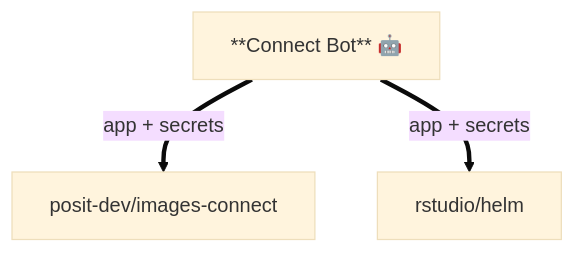
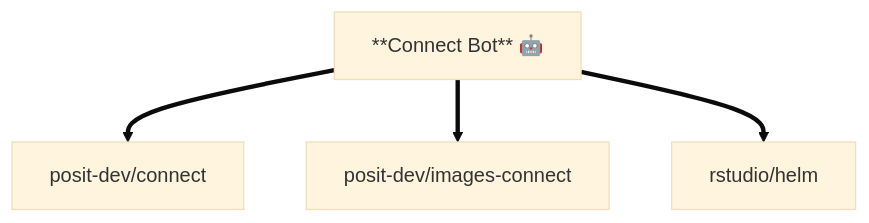
The second of 5 diagrams in pulumi/github/github-apps/README.md (posit-dev/images-shared), drawn with Mermaid (base theme) before and after one commit. The commit also changed other lines of this file and 2 other files, not shown here.

First line of the commit message:
Add product repos to bot installations

````diff
--- a/pulumi/github/github-apps/README.md
+++ b/pulumi/github/github-apps/README.md
@@ -58,7 +61,8 @@
 ```mermaid
 graph TD
     BOT["**Connect Bot** 🤖"]
 
-    BOT ==>|app + secrets| IC["posit-dev/images-connect"]
-    BOT ==>|app + secrets| HELM["rstudio/helm"]
+    BOT ==> PCT["posit-dev/connect"]
+    BOT ==> IC["posit-dev/images-connect"]
+    BOT ==> HELM["rstudio/helm"]
 ```
````
